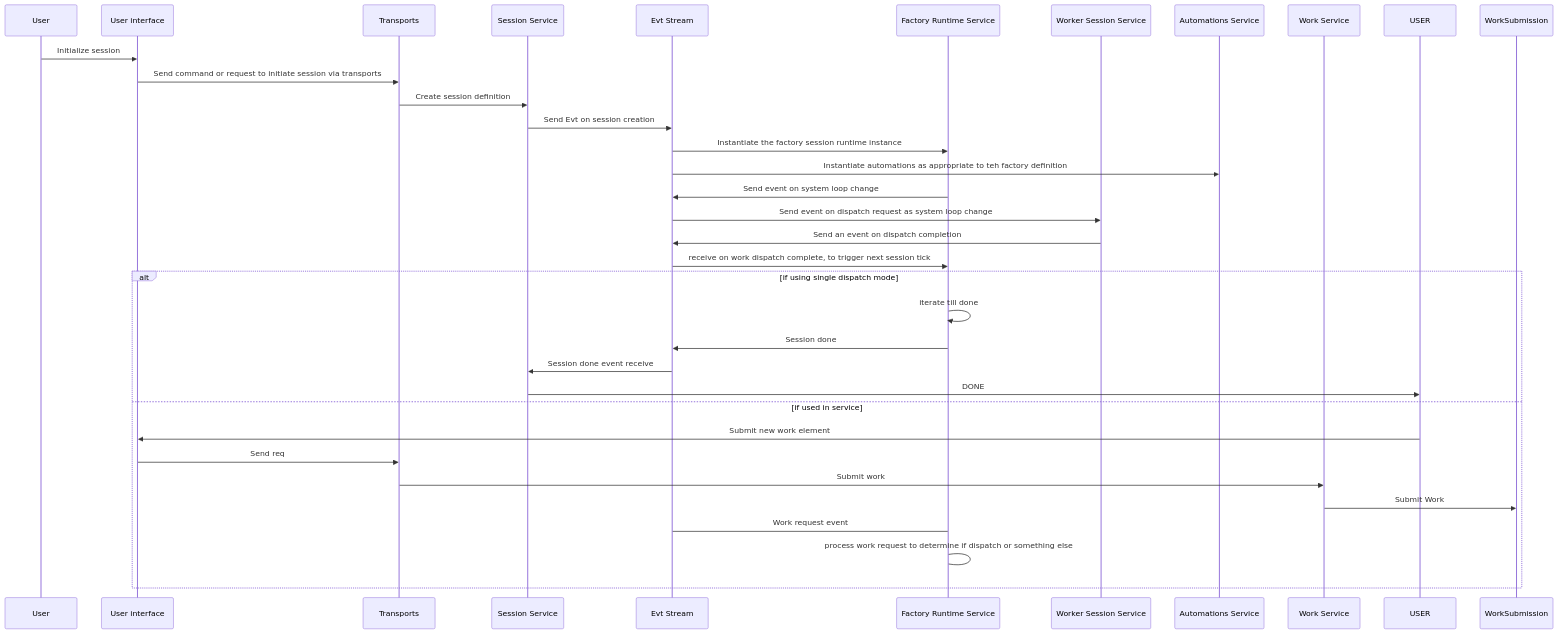
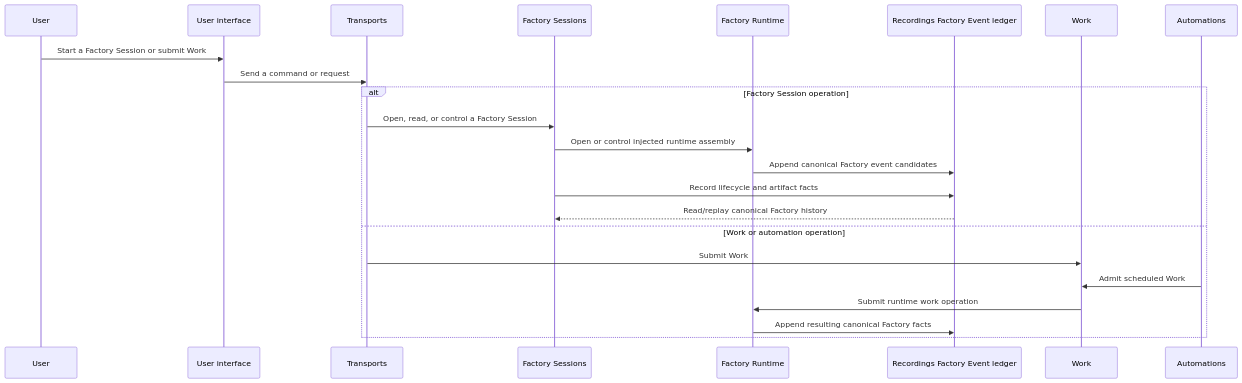
Before and after one commit to portpowered/you-agent-factory: the third of 8 diagrams in docs/architecture/architecture.md, drawn with Mermaid. The commit also changed other lines of this file and 1 other file, not shown here.

Commit message:
docs: reconcile ACP service ownership

````diff
--- a/docs/architecture/architecture.md
+++ b/docs/architecture/architecture.md
@@ -216,37 +194,26 @@
 ```mermaid
 sequenceDiagram
     participant User
     participant UI as User interface
     participant TRANS as Transports
-    participant SESS as Session Service
-    participant EVT as Evt Stream
-    participant RUN as Factory Runtime Service
-    participant WRKR as Worker Session Service
-    participant AUTO as Automations Service
-    participant WORK as Work Service
+    participant SESS as Factory Sessions
+    participant RUN as Factory Runtime
+    participant REC as Recordings Factory Event ledger
+    participant WORK as Work
+    participant AUTO as Automations
 
-    User->>UI: Initialize session
-    UI->>TRANS: Send command or request to initiate session via transports
-    TRANS->>SESS: Create session definition
-    SESS->>EVT: Send Evt on session creation
-    EVT->>RUN: Instantiate the factory session runtime instance
-    EVT->>AUTO: Instantiate automations as appropriate to teh factory definition
-    RUN->>EVT: Send event on system loop change
-    EVT->>WRKR: Send event on dispatch request as system loop change
-    WRKR->>EVT: Send an event on dispatch completion
-    EVT->>RUN: receive on work dispatch complete, to trigger next session tick
-    alt if using single dispatch mode
-        RUN->>RUN: iterate till done
-        RUN->>EVT: Session done
-        EVT->>SESS: Session done event receive
-        SESS->>USER: DONE
-    else if used in service
-        USER->>UI: Submit new work element
-        UI->>TRANS: Send req
-        TRANS->>WORK: Submit work
-        WORK->>WorkSubmission: Submit Work
-        EVT->RUN:Work request event
-        RUN->RUN: process work request to determine if dispatch or something else
+    User->>UI: Start a Factory Session or submit Work
+    UI->>TRANS: Send a command or request
+    alt Factory Session operation
+        TRANS->>SESS: Open, read, or control a Factory Session
+        SESS->>RUN: Open or control injected runtime assembly
+        RUN->>REC: Append canonical Factory event candidates
+        SESS->>REC: Record lifecycle and artifact facts
+        REC-->>SESS: Read/replay canonical Factory history
+    else Work or automation operation
+        TRANS->>WORK: Submit Work
+        AUTO->>WORK: Admit scheduled Work
+        WORK->>RUN: Submit runtime work operation
+        RUN->>REC: Append resulting canonical Factory facts
     end
-
 ```
````
